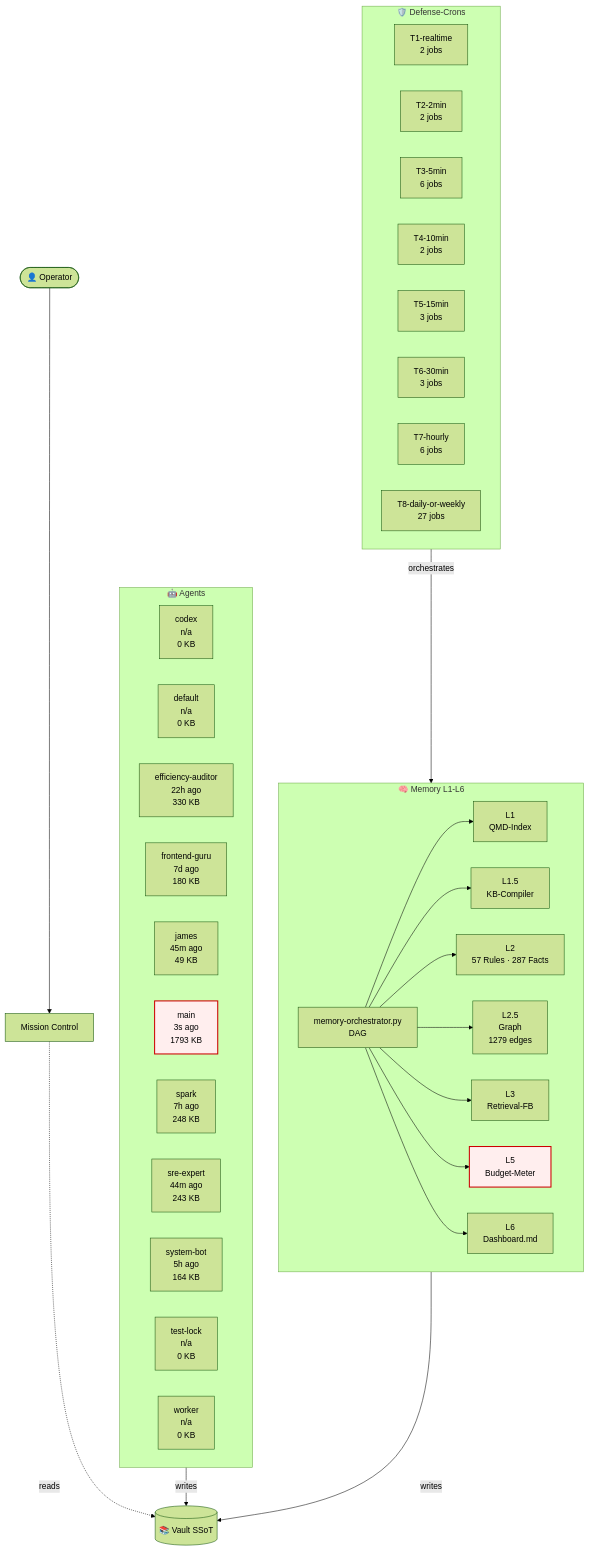
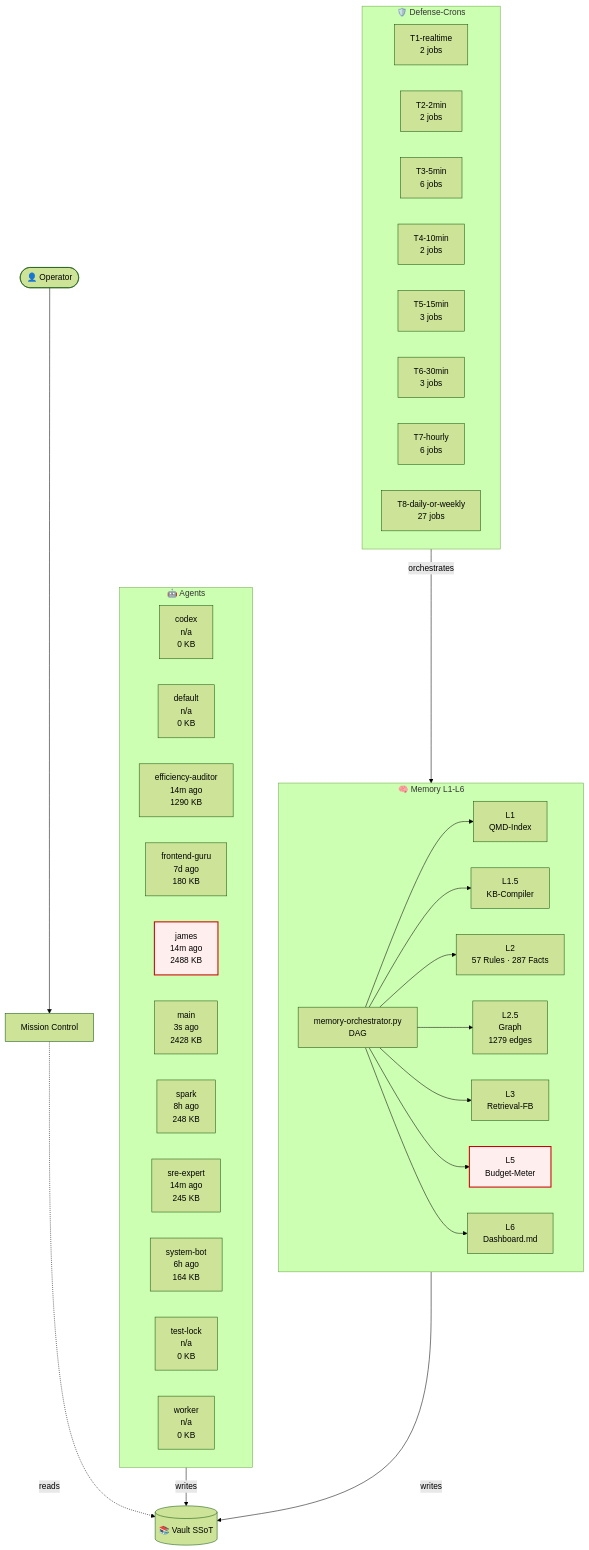
One commit to lenardhuebner88-rgb/openclaw-memory changed the diagram in 03-Agents/architecture-live.md. Above: the diagram before and after it, drawn with Mermaid (forest theme). The commit also changed other lines of this file and 14 other files, not shown here.

````diff
--- a/03-Agents/architecture-live.md
+++ b/03-Agents/architecture-live.md
@@ -18,54 +18,54 @@
 ```mermaid
 flowchart TB
     classDef critical fill:#fee,stroke:#c00,stroke-width:2px;
     subgraph AGT["🤖 Agents"]
         agent_codex["codex<br/>n/a<br/>0 KB"]
         agent_default["default<br/>n/a<br/>0 KB"]
-        agent_efficiency_auditor["efficiency-auditor<br/>22h ago<br/>330 KB"]
+        agent_efficiency_auditor["efficiency-auditor<br/>14m ago<br/>1290 KB"]
         agent_frontend_guru["frontend-guru<br/>7d ago<br/>180 KB"]
-        agent_james["james<br/>45m ago<br/>49 KB"]
-        agent_main["main<br/>3s ago<br/>1793 KB"]
-        agent_spark["spark<br/>7h ago<br/>248 KB"]
-        agent_sre_expert["sre-expert<br/>44m ago<br/>243 KB"]
-        agent_system_bot["system-bot<br/>5h ago<br/>164 KB"]
+        agent_james["james<br/>14m ago<br/>2488 KB"]
+        agent_main["main<br/>3s ago<br/>2428 KB"]
+        agent_spark["spark<br/>8h ago<br/>248 KB"]
+        agent_sre_expert["sre-expert<br/>14m ago<br/>245 KB"]
+        agent_system_bot["system-bot<br/>6h ago<br/>164 KB"]
         agent_test_lock["test-lock<br/>n/a<br/>0 KB"]
         agent_worker["worker<br/>n/a<br/>0 KB"]
     end
     subgraph MEM["🧠 Memory L1-L6"]
         L1["L1<br/>QMD-Index"]
         L15["L1.5<br/>KB-Compiler"]
         L2["L2<br/>57 Rules · 287 Facts"]
         L25["L2.5<br/>Graph<br/>1279 edges"]
         L3["L3<br/>Retrieval-FB"]
         L5["L5<br/>Budget-Meter"]
         L6["L6<br/>Dashboard.md"]
         ORCH["memory-orchestrator.py<br/>DAG"]
     end
     subgraph CRN["🛡️ Defense-Crons"]
         tier_T1_realtime["T1-realtime<br/>2 jobs"]
         tier_T2_2min["T2-2min<br/>2 jobs"]
         tier_T3_5min["T3-5min<br/>6 jobs"]
         tier_T4_10min["T4-10min<br/>2 jobs"]
         tier_T5_15min["T5-15min<br/>3 jobs"]
         tier_T6_30min["T6-30min<br/>3 jobs"]
         tier_T7_hourly["T7-hourly<br/>6 jobs"]
         tier_T8_daily_or_weekly["T8-daily-or-weekly<br/>27 jobs"]
     end
     VAULT[("📚 Vault SSoT")]
     OP([👤 Operator])
     MC["Mission Control"]
     OP --> MC
     MC -.reads.-> VAULT
     AGT -->|writes| VAULT
     MEM -->|writes| VAULT
     ORCH --> L1
     ORCH --> L15
     ORCH --> L2
     ORCH --> L25
     ORCH --> L3
     ORCH --> L5
     ORCH --> L6
     CRN -->|orchestrates| MEM
     class L5 critical
-    class agent_main critical
+    class agent_james critical
 ```
````
